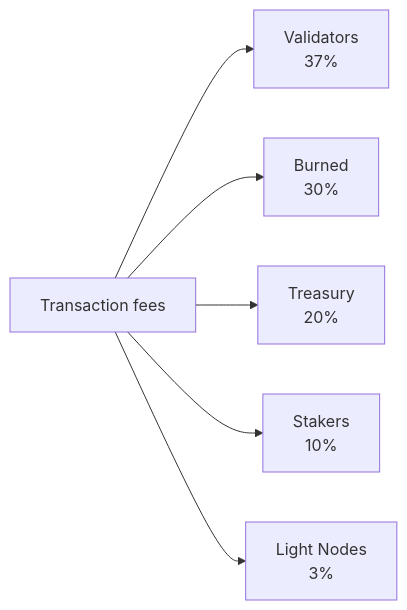
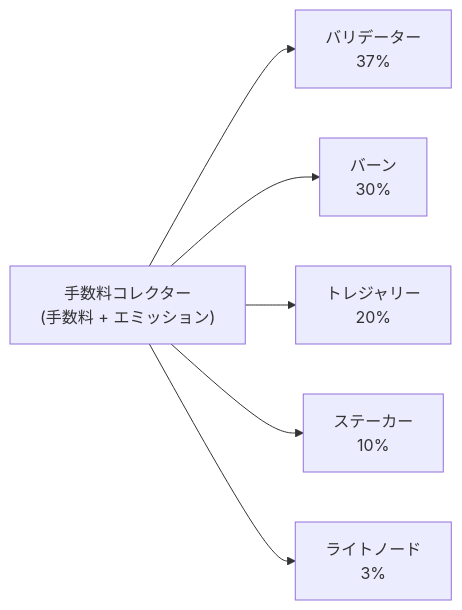
One commit to qorechain/qorechain-docs changed the diagram in i18n/ja/docusaurus-plugin-content-docs/current/architecture/tokenomics.md. Above: the diagram before and after it, drawn with Mermaid. The commit also changed other lines of this file and 1055 other files, not shown here.

````diff
--- a/i18n/ja/docusaurus-plugin-content-docs/current/architecture/tokenomics.md
+++ b/i18n/ja/docusaurus-plugin-content-docs/current/architecture/tokenomics.md
@@ -82,9 +82,9 @@
 ```mermaid
 flowchart LR
-    F["Transaction fees"]
-    F --> V["Validators<br/>37%"]
-    F --> B["Burned<br/>30%"]
-    F --> T["Treasury<br/>20%"]
-    F --> S["Stakers<br/>10%"]
-    F --> L["Light Nodes<br/>3%"]
+    F["手数料コレクター<br/>(手数料 + エミッション)"]
+    F --> V["バリデーター<br/>37%"]
+    F --> B["バーン<br/>30%"]
+    F --> T["トレジャリー<br/>20%"]
+    F --> S["ステーカー<br/>10%"]
+    F --> L["ライトノード<br/>3%"]
 ```
````
